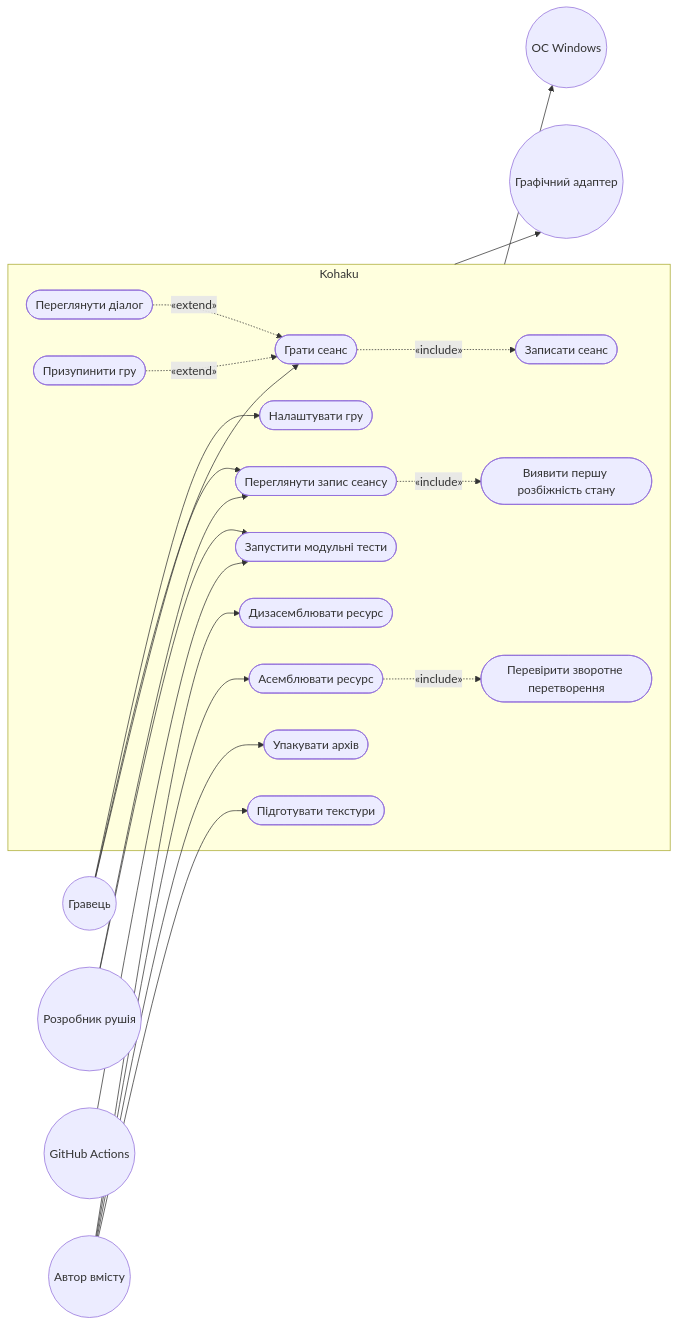
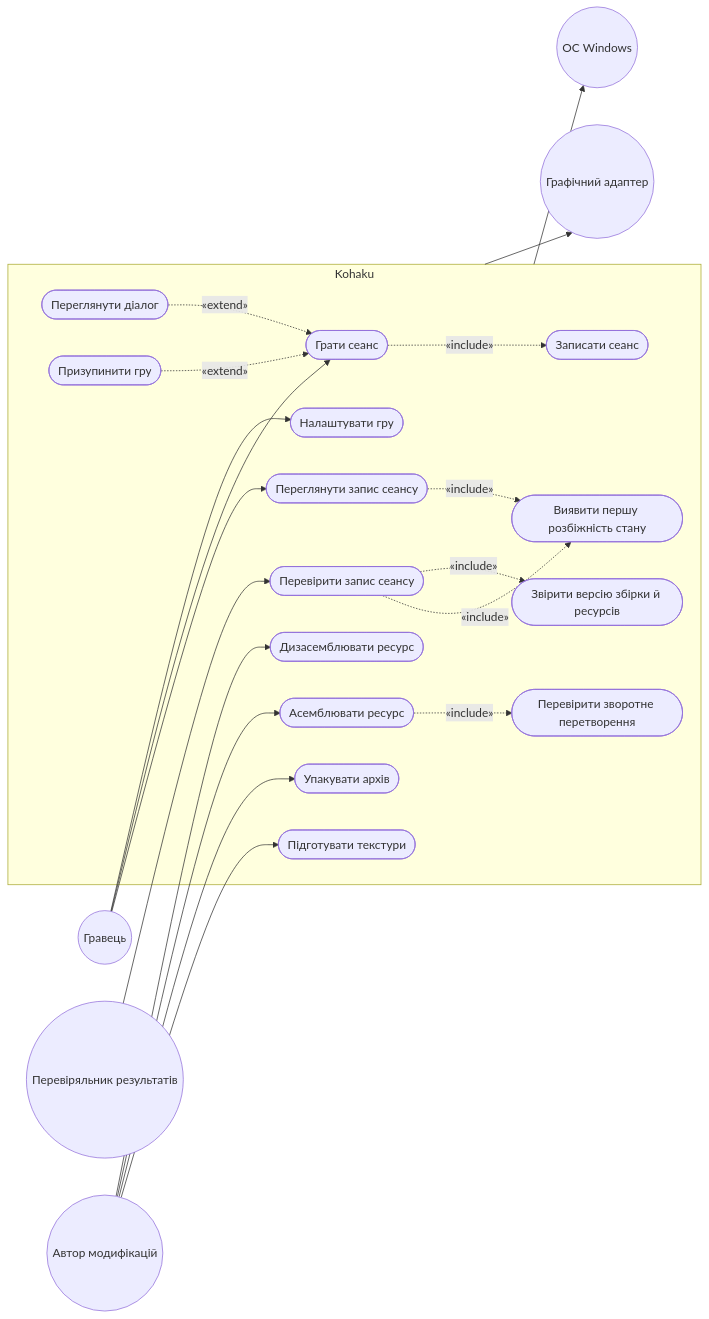
Before and after one commit to kostenuksoft/th-esis: the first of 3 diagrams in docs/2_design.md, drawn with Mermaid. The commit also changed other lines of this file and 4 other files, not shown here.

````diff
--- a/docs/2_design.md
+++ b/docs/2_design.md
@@ -18,34 +18,35 @@
 ```mermaid
 flowchart LR
     player(("Гравець"))
-    developer(("Розробник рушія"))
-    ci(("GitHub Actions"))
-    author(("Автор вмісту"))
+    verifier(("Перевіряльник результатів"))
+    author(("Автор модифікацій"))
     subgraph kohaku["Kohaku"]
         settings(["Налаштувати гру"])
         play(["Грати сеанс"])
         review(["Переглянути запис сеансу"])
-        tests(["Запустити модульні тести"])
+        verify(["Перевірити запис сеансу"])
         disasm(["Дизасемблювати ресурс"])
         asm(["Асемблювати ресурс"])
         pack(["Упакувати архів"])
         bake(["Підготувати текстури"])
         dialogue(["Переглянути діалог"])
         pause(["Призупинити гру"])
         record(["Записати сеанс"])
         diverge(["Виявити першу розбіжність стану"])
+        version(["Звірити версію збірки й ресурсів"])
         roundtrip(["Перевірити зворотне перетворення"])
     end
     windows(("ОС Windows"))
     gpu(("Графічний адаптер"))
     player --> settings & play & review
-    developer --> review & tests
-    ci --> tests
+    verifier --> verify
     author --> disasm & asm & pack & bake
     dialogue -. "«extend»" .-> play
     pause -. "«extend»" .-> play
     play -. "«include»" .-> record
     review -. "«include»" .-> diverge
+    verify -. "«include»" .-> version
+    verify -. "«include»" .-> diverge
     asm -. "«include»" .-> roundtrip
     kohaku --> windows & gpu
 ```
````
